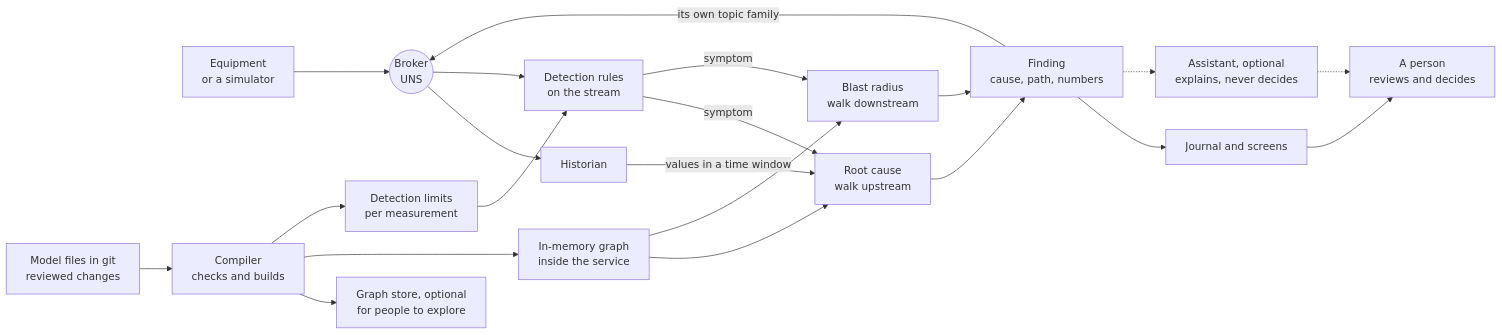
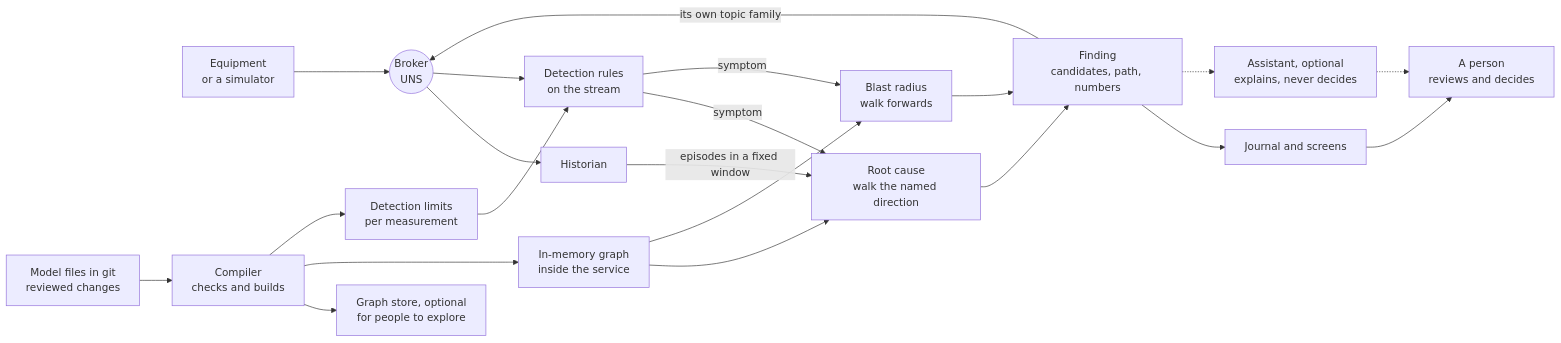
The diagram in docs/optional/root-cause-and-anomaly-detection.md (cloudracer-ca/intelligent-water-modelling), drawn with Mermaid before and after one commit. The commit also changed other lines of this file and 2 other files, not shown here.

First line of the commit message:
Root cause and anomaly detection: direction, candidates not causes, grouping not suppression

````diff
--- a/docs/optional/root-cause-and-anomaly-detection.md
+++ b/docs/optional/root-cause-and-anomaly-detection.md
@@ -26,23 +38,23 @@
 ```mermaid
 flowchart LR
   S["Equipment<br/>or a simulator"] --> U(("Broker<br/>UNS"))
   U --> H["Historian"]
   M["Model files in git<br/>reviewed changes"] --> C["Compiler<br/>checks and builds"]
   C --> GS["Graph store, optional<br/>for people to explore"]
   C --> G["In-memory graph<br/>inside the service"]
   C --> L["Detection limits<br/>per measurement"]
   U --> D["Detection rules<br/>on the stream"]
   L --> D
-  D -->|symptom| R["Root cause<br/>walk upstream"]
-  D -->|symptom| X["Blast radius<br/>walk downstream"]
+  D -->|symptom| R["Root cause<br/>walk the named direction"]
+  D -->|symptom| X["Blast radius<br/>walk forwards"]
   G --> R
   G --> X
-  H -->|values in a time window| R
-  R --> F["Finding<br/>cause, path, numbers"]
+  H -->|episodes in a fixed window| R
+  R --> F["Finding<br/>candidates, path, numbers"]
   X --> F
   F -->|its own topic family| U
   F --> J["Journal and screens"]
   J --> P["A person<br/>reviews and decides"]
   F -.-> A["Assistant, optional<br/>explains, never decides"]
   A -.-> P
 ```
````
